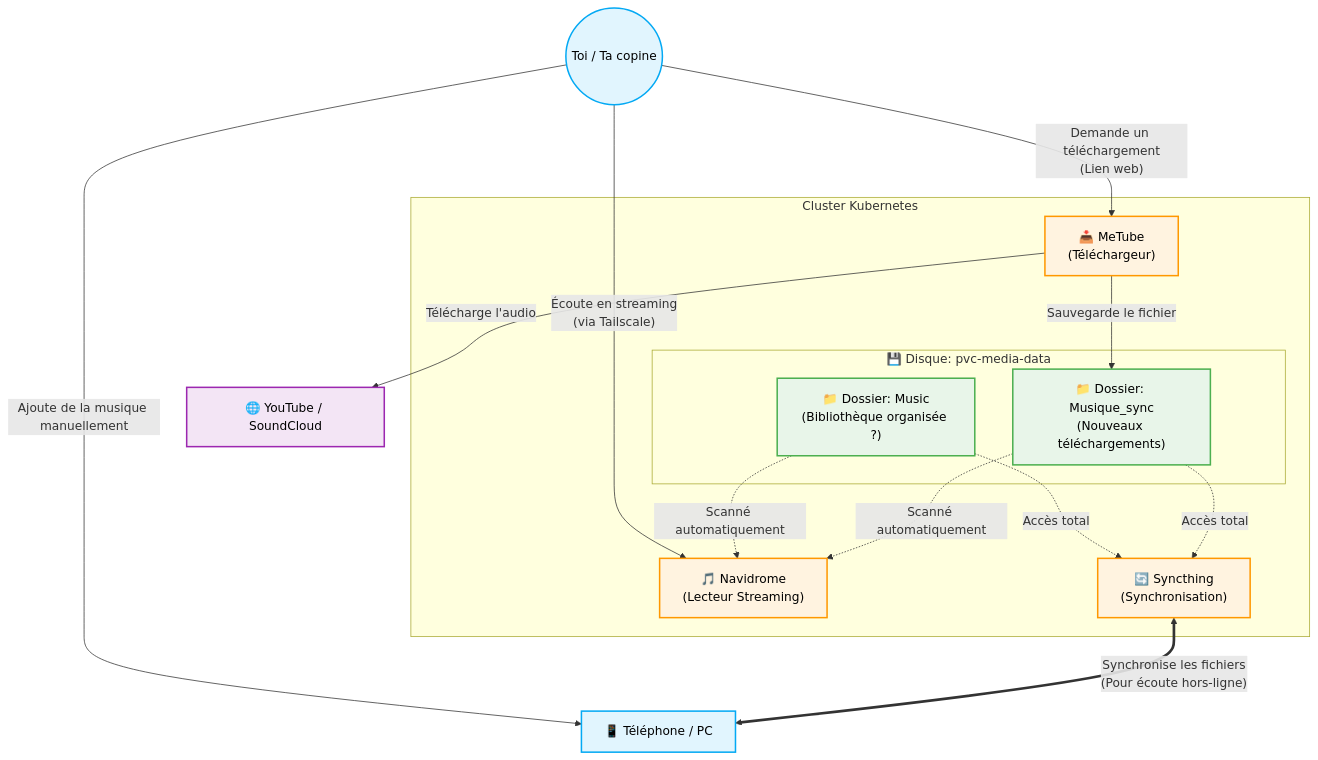
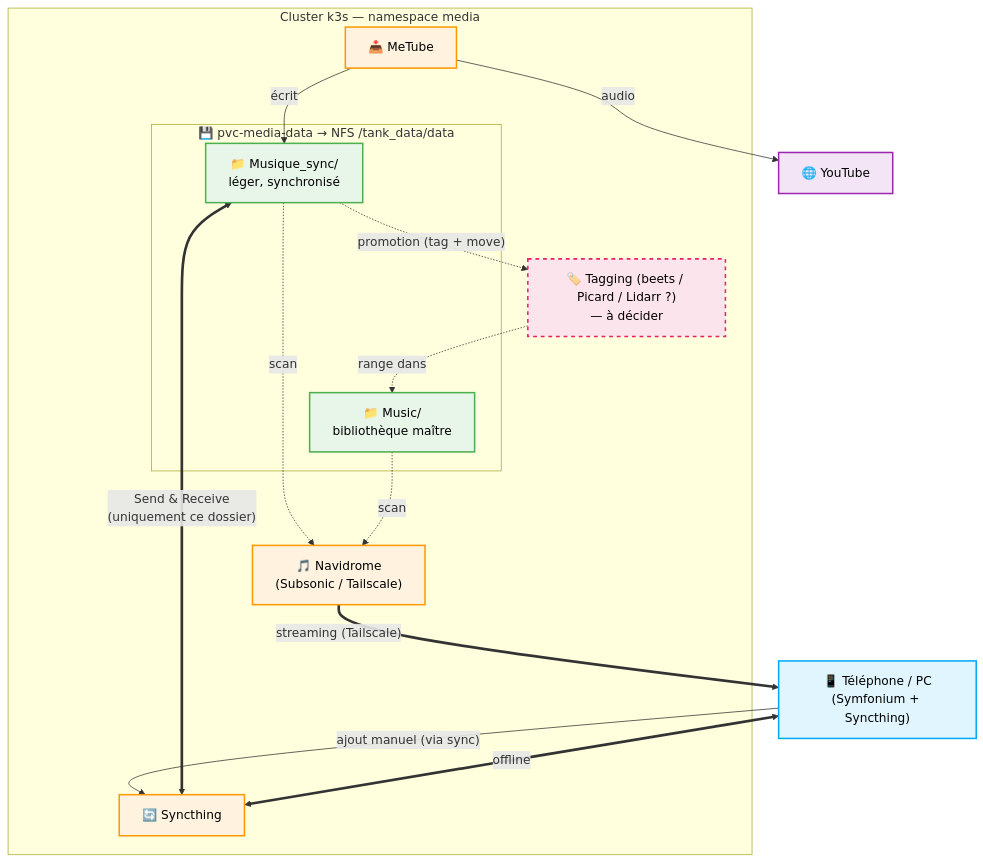
One commit to abugeia/home_kluster changed the diagram in docs/music_architecture.md. Above: the diagram before and after it, drawn with Mermaid. The commit also changed other lines of this file and 1 other file, not shown here.

Commit message:
docs(media): architecture musicale + convention droits NFS, TODO reclaim Retain

````diff
--- a/docs/music_architecture.md
+++ b/docs/music_architecture.md
@@ -5,48 +85,37 @@
 ```mermaid
 flowchart TD
-    %% Define Styles
     classDef user fill:#e1f5fe,stroke:#03a9f4,stroke-width:2px,color:#000
     classDef app fill:#fff3e0,stroke:#ff9800,stroke-width:2px,color:#000
     classDef storage fill:#e8f5e9,stroke:#4caf50,stroke-width:2px,color:#000
     classDef external fill:#f3e5f5,stroke:#9c27b0,stroke-width:2px,color:#000
+    classDef todo fill:#fce4ec,stroke:#e91e63,stroke-width:2px,stroke-dasharray: 5 5,color:#000
 
-    %% Users and Devices
-    User(("Toi / Ta copine")):::user
-    Phone["📱 Téléphone / PC"]:::user
+    Phone["📱 Téléphone / PC<br/>(Symfonium + Syncthing)"]:::user
+    Youtube["🌐 YouTube"]:::external
 
-    %% External Sources
-    Youtube["🌐 YouTube / SoundCloud"]:::external
+    subgraph Cluster["Cluster k3s — namespace media"]
+        MeTube["📥 MeTube"]:::app
+        Navidrome["🎵 Navidrome<br/>(Subsonic / Tailscale)"]:::app
+        Syncthing["🔄 Syncthing"]:::app
+        Tagger["🏷️ Tagging (beets / Picard / Lidarr ?)<br/>— à décider"]:::todo
 
-    %% Applications
-    MeTube["📥 MeTube\n(Téléchargeur)"]:::app
-    Navidrome["🎵 Navidrome\n(Lecteur Streaming)"]:::app
-    Syncthing["🔄 Syncthing\n(Synchronisation)"]:::app
-
-    %% Storage (PVC)
-    subgraph Cluster Kubernetes
-        subgraph pvc-media-data [💾 Disque: pvc-media-data]
-            DirSync["📁 Dossier: Musique_sync\n(Nouveaux téléchargements)"]:::storage
-            DirMusic["📁 Dossier: Music\n(Bibliothèque organisée ?)"]:::storage
+        subgraph PVC["💾 pvc-media-data → NFS /tank_data/data"]
+            DirSync["📁 Musique_sync/<br/>léger, synchronisé"]:::storage
+            DirMusic["📁 Music/<br/>bibliothèque maître"]:::storage
         end
-
-        MeTube
-        Navidrome
-        Syncthing
     end
 
-    %% Workflows
-    User -- "Demande un téléchargement\n(Lien web)" --> MeTube
-    MeTube -- "Télécharge l'audio" --> Youtube
-    MeTube -- "Sauvegarde le fichier" --> DirSync
+    MeTube -- "audio" --> Youtube
+    MeTube -- écrit --> DirSync
+    Phone -- "ajout manuel (via sync)" --> Syncthing
 
-    DirSync -. "Scanné automatiquement" .-> Navidrome
-    DirMusic -. "Scanné automatiquement" .-> Navidrome
+    DirSync <== "Send & Receive<br/>(uniquement ce dossier)" ==> Syncthing
+    Syncthing <== offline ==> Phone
 
-    User -- "Écoute en streaming\n(via Tailscale)" --> Navidrome
+    DirSync -. promotion (tag + move) .-> Tagger
+    Tagger -. range dans .-> DirMusic
 
-    DirSync -. "Accès total" .-> Syncthing
-    DirMusic -. "Accès total" .-> Syncthing
-
-    Syncthing <== "Synchronise les fichiers\n(Pour écoute hors-ligne)" ==> Phone
-    User -- "Ajoute de la musique manuellement" --> Phone
+    DirSync -. scan .-> Navidrome
+    DirMusic -. scan .-> Navidrome
+    Navidrome == "streaming (Tailscale)" ==> Phone
 ```
````
